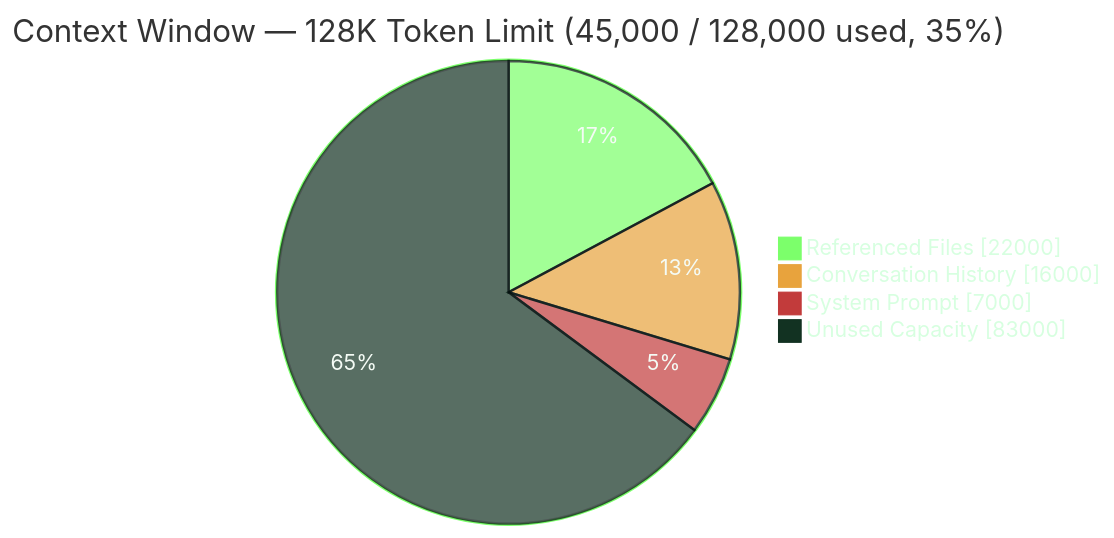
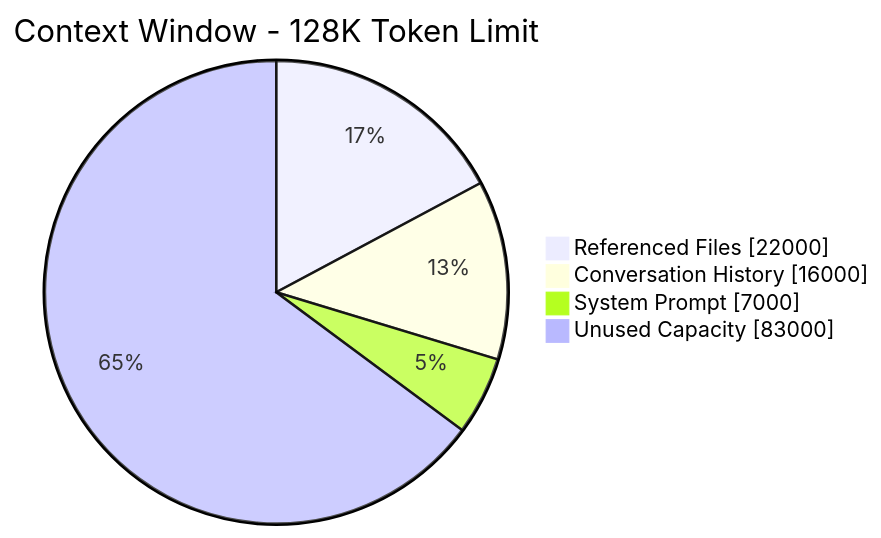
One commit to breconno/cowabunga changed the third of 3 diagrams in 02-context-conversations/README.md. Above: the diagram before and after it, drawn with Mermaid. The commit also changed other lines of this file and 1 other file, not shown here.

Commit message:
chore: simplify mermaid diagrams in README for improved readability

````diff
--- a/02-context-conversations/README.md
+++ b/02-context-conversations/README.md
@@ -714,20 +660,7 @@
 ```mermaid
-%%{init: {'theme':'base', 'themeVariables': {
-  'pieOuterStrokeColor': '#7cff6b',
-  'pieStrokeColor': '#03100e',
-  'pieStrokeWidth': '2px',
-  'pieSectionTextColor': '#f4fbf5',
-  'pieLegendTextColor': '#d7ffe0',
-  'pie1': '#7cff6b',
-  'pie2': '#e8a33d',
-  'pie3': '#c23b3b',
-  'pie4': '#123222',
-  'background': '#03100e',
-  'fontFamily': 'Verdana'
-}}}%%
-pie showData title Context Window — 128K Token Limit (45,000 / 128,000 used, 35%)
+pie showData title Context Window - 128K Token Limit
     "Referenced Files" : 22000
     "Conversation History" : 16000
     "System Prompt" : 7000
     "Unused Capacity" : 83000
 ```
````
